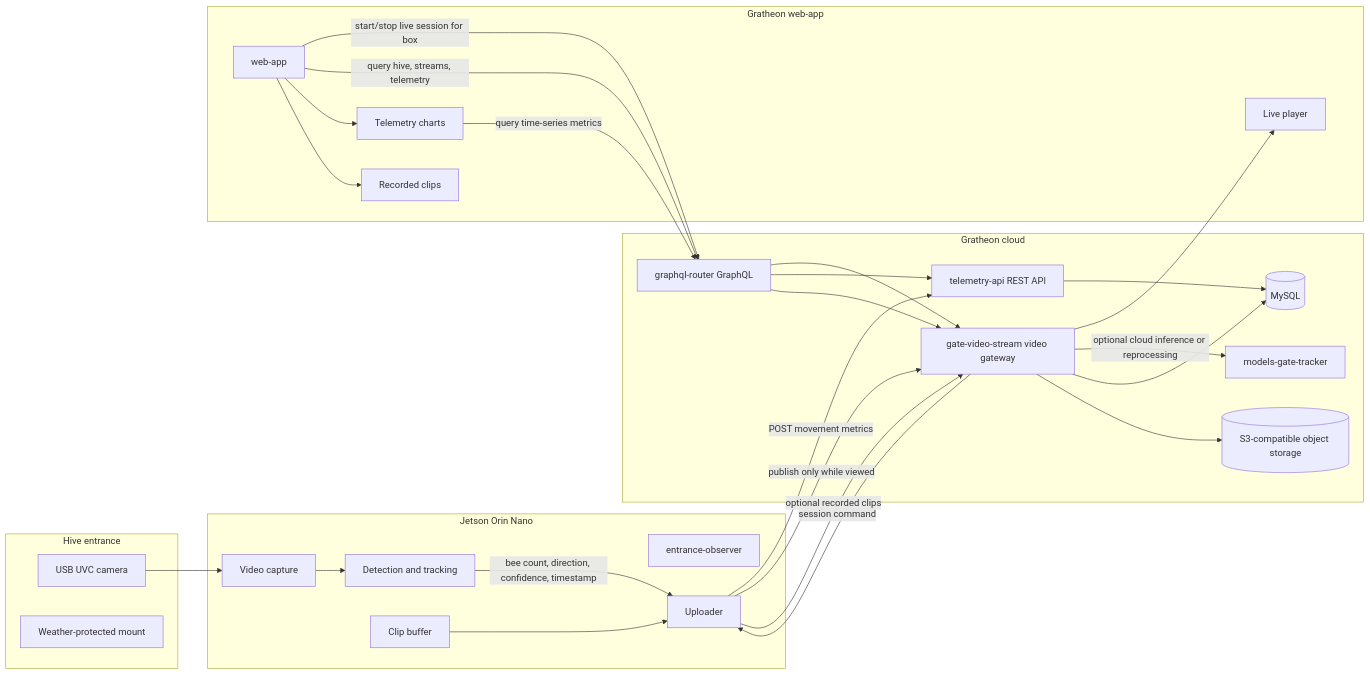
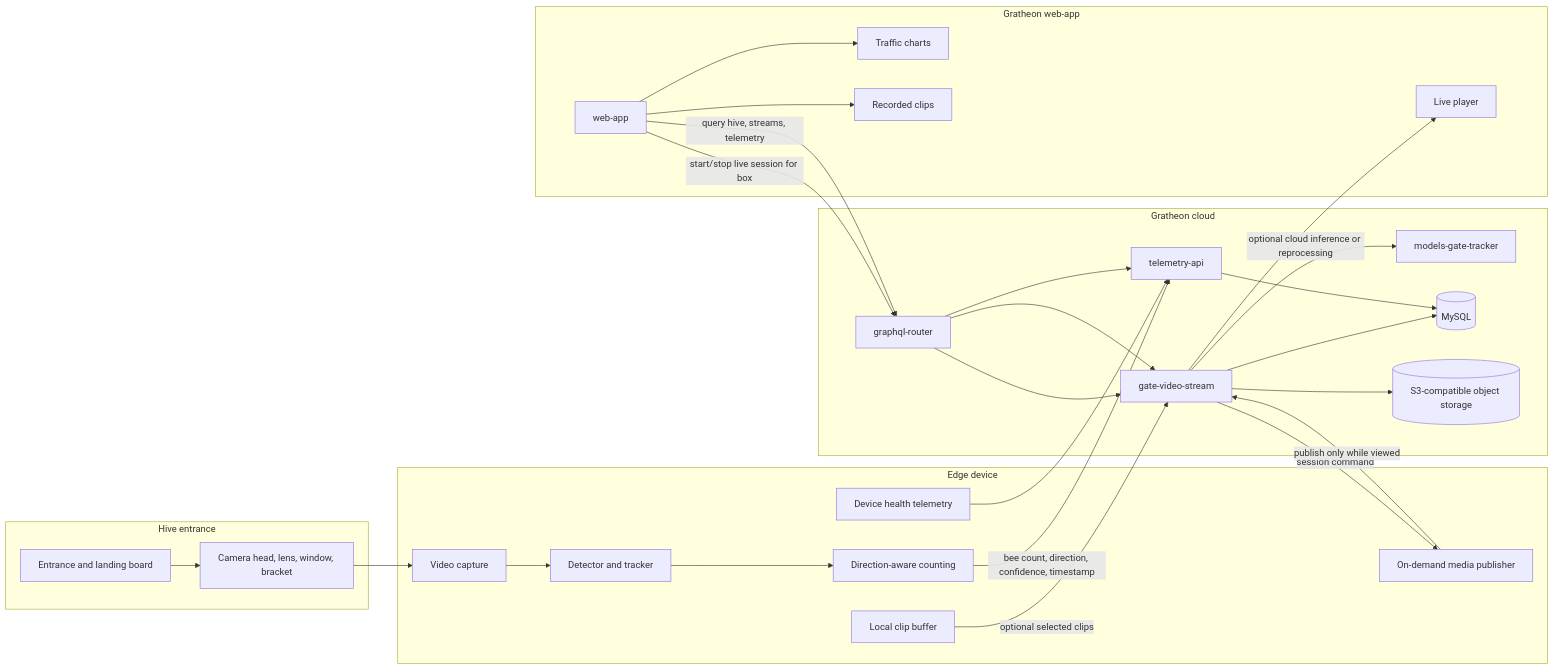
Before and after one commit to Gratheon/website2: the diagram in content/docs/entrance-observer/entrance-observer.md, drawn with Mermaid. The commit also changed other lines of this file and 11 other files, not shown here.

Commit message:
docs: phase entrance observer hardware roadmap

````diff
--- a/content/docs/entrance-observer/entrance-observer.md
+++ b/content/docs/entrance-observer/entrance-observer.md
@@ -28,52 +36,54 @@
 ```mermaid
 flowchart LR
   subgraph Hive[Hive entrance]
-    camera[USB UVC camera]
-    mount[Weather-protected mount]
+    entrance[Entrance and landing board]
+    cameraHead[Camera head, lens, window, bracket]
   end
 
-  subgraph Edge[Jetson Orin Nano]
-    app[entrance-observer]
+  subgraph Edge[Edge device]
     capture[Video capture]
-    detector[Detection and tracking]
-    buffer[Clip buffer]
-    uploader[Uploader]
+    detector[Detector and tracker]
+    counter[Direction-aware counting]
+    buffer[Local clip buffer]
+    publisher[On-demand media publisher]
+    health[Device health telemetry]
   end
 
   subgraph Cloud[Gratheon cloud]
-    video[gate-video-stream video gateway]
+    telemetry[telemetry-api]
+    video[gate-video-stream]
     model[models-gate-tracker]
-    telemetry[telemetry-api REST API]
-    graphql[graphql-router GraphQL]
+    graphql[graphql-router]
     mysql[(MySQL)]
     s3[(S3-compatible object storage)]
   end
 
   subgraph UI[Gratheon web-app]
     web[web-app]
     player[Live player]
-    charts[Telemetry charts]
+    charts[Traffic charts]
     archive[Recorded clips]
   end
 
-  camera --> capture --> detector
-  detector -->|bee count, direction, confidence, timestamp| uploader
-  buffer --> uploader
-  uploader -->|POST movement metrics| telemetry
+  entrance --> cameraHead
+  cameraHead --> capture
+  capture --> detector
+  detector --> counter
+  counter -->|bee count, direction, confidence, timestamp| telemetry
+  health --> telemetry
+  buffer -->|optional selected clips| video
   web -->|start/stop live session for box| graphql
   graphql --> video
-  video -->|session command| uploader
-  uploader -->|publish only while viewed| video
+  video -->|session command| publisher
+  publisher -->|publish only while viewed| video
   video --> player
-  uploader -->|optional recorded clips| video
   video -->|optional cloud inference or reprocessing| model
   video --> mysql
   video --> s3
   telemetry --> mysql
   web -->|query hive, streams, telemetry| graphql
   graphql --> telemetry
   graphql --> video
   web --> charts
   web --> archive
-  charts -->|query time-series metrics| graphql
 ```
````
